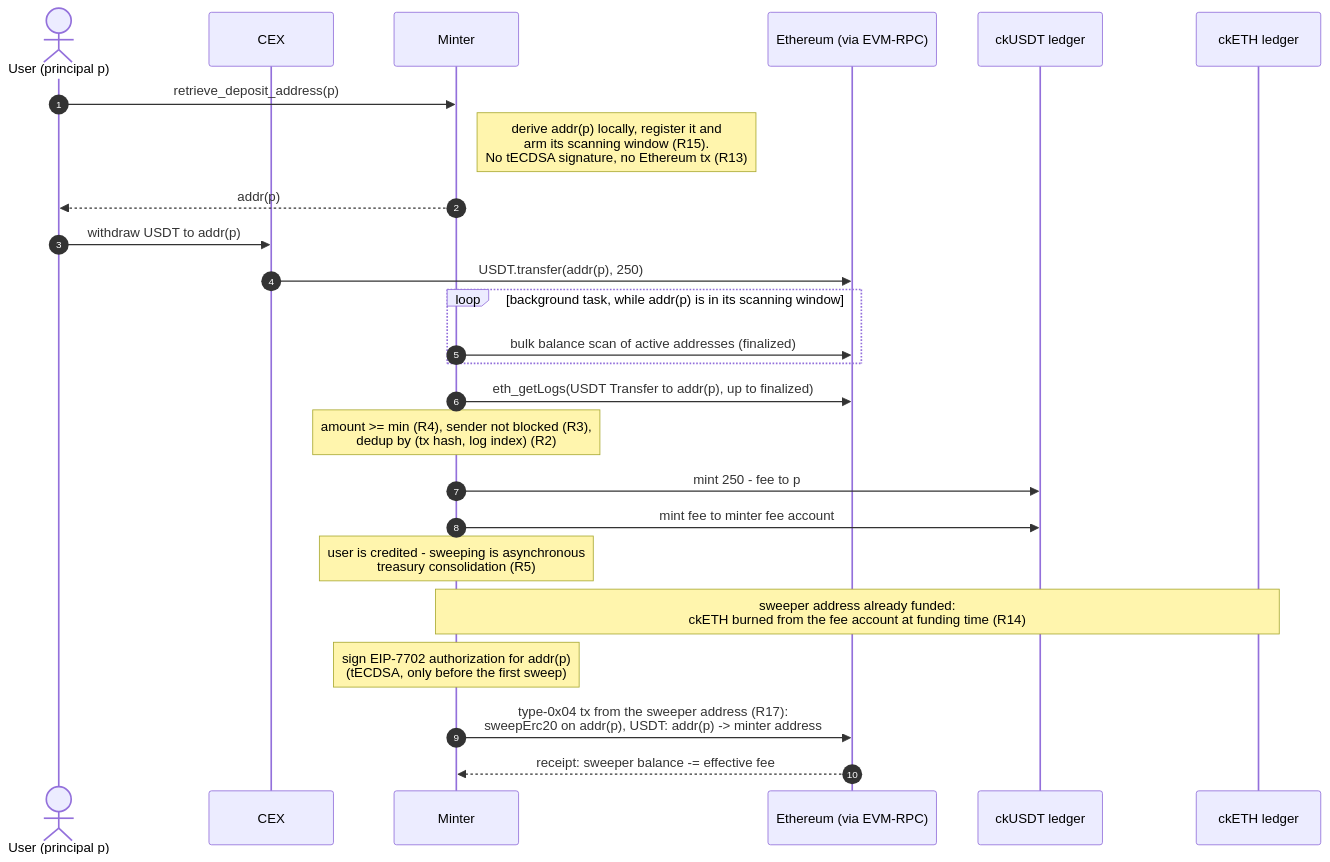
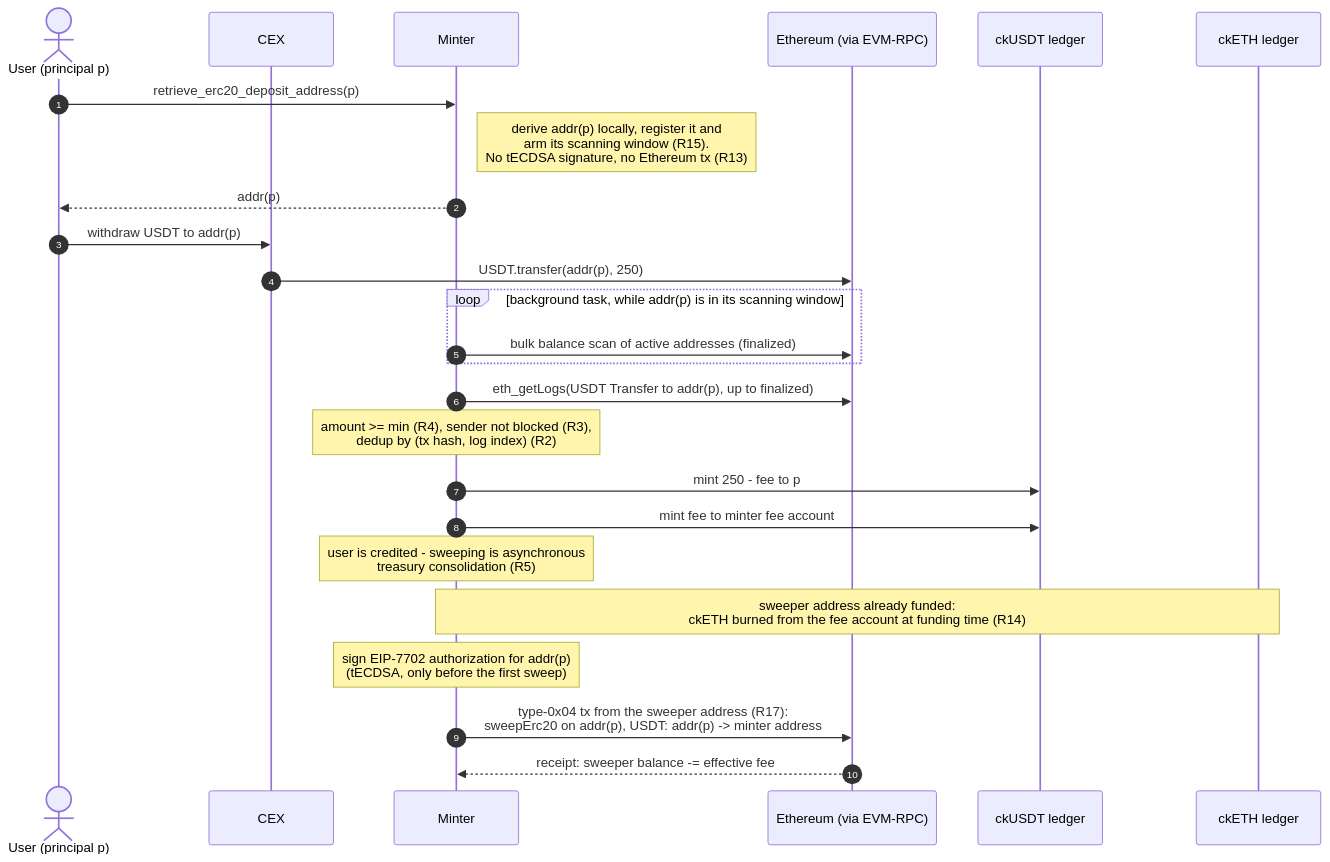
One commit to dfinity/ic changed the first of 3 diagrams in rs/ethereum/cketh/docs/deposit_from_cex.md. Above: the diagram before and after it, drawn with Mermaid. The commit also changed other lines of this file, not shown here.

First line of the commit message:
docs: ERC-20-specific endpoint retrieve_erc20_deposit_address

````diff
--- a/rs/ethereum/cketh/docs/deposit_from_cex.md
+++ b/rs/ethereum/cketh/docs/deposit_from_cex.md
@@ -221,28 +221,28 @@
 ```mermaid
 sequenceDiagram
     autonumber
     actor User as User (principal p)
     participant CEX
     participant Minter
     participant Eth as Ethereum (via EVM-RPC)
     participant CkUsdtLedger as ckUSDT ledger
     participant CkEthLedger as ckETH ledger
 
-    User->>Minter: retrieve_deposit_address(p)
+    User->>Minter: retrieve_erc20_deposit_address(p)
     Note right of Minter: derive addr(p) locally, register it and<br/>arm its scanning window (R15).<br/>No tECDSA signature, no Ethereum tx (R13)
     Minter-->>User: addr(p)
     User->>CEX: withdraw USDT to addr(p)
     CEX->>Eth: USDT.transfer(addr(p), 250)
     loop background task, while addr(p) is in its scanning window
         Minter->>Eth: bulk balance scan of active addresses (finalized)
     end
     Minter->>Eth: eth_getLogs(USDT Transfer to addr(p), up to finalized)
     Note over Minter: amount >= min (R4), sender not blocked (R3),<br/>dedup by (tx hash, log index) (R2)
     Minter->>CkUsdtLedger: mint 250 - fee to p
     Minter->>CkUsdtLedger: mint fee to minter fee account
     Note over Minter: user is credited - sweeping is asynchronous<br/>treasury consolidation (R5)
     Note over Minter,CkEthLedger: sweeper address already funded:<br/>ckETH burned from the fee account at funding time (R14)
     Note over Minter: sign EIP-7702 authorization for addr(p)<br/>(tECDSA, only before the first sweep)
     Minter->>Eth: type-0x04 tx from the sweeper address (R17):<br/>sweepErc20 on addr(p), USDT: addr(p) -> minter address
     Eth-->>Minter: receipt: sweeper balance -= effective fee
 ```
````
